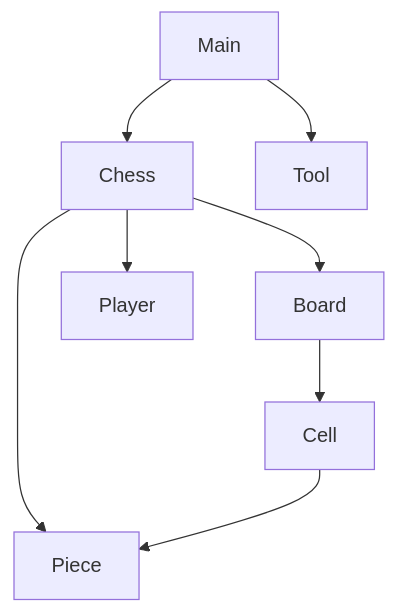
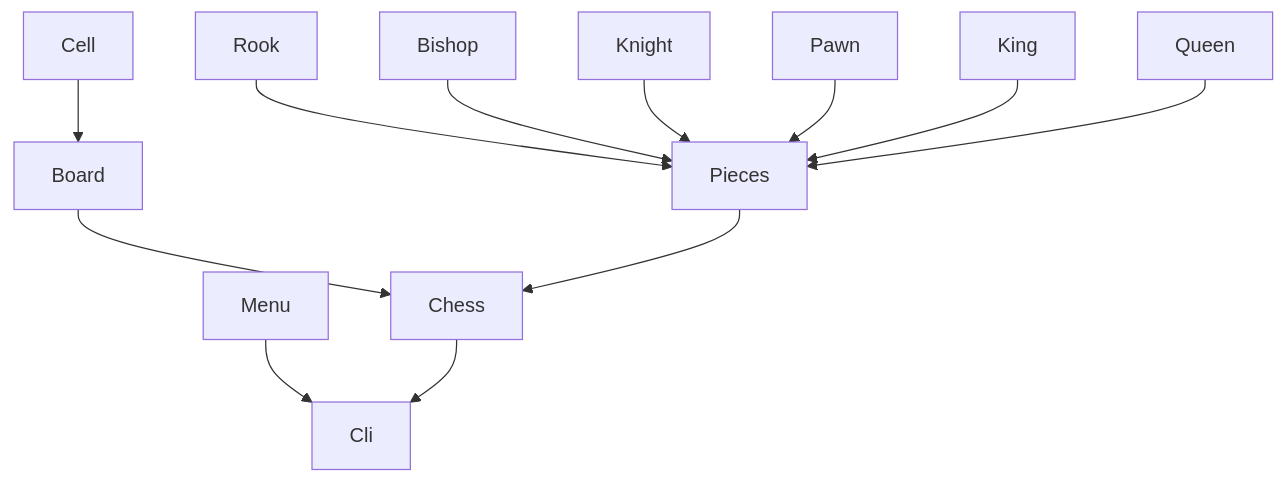
One commit to um-computacion-tm/ajedrez-2024-AugustoGiuffrida changed the diagram in README.md. Above: the diagram before and after it, drawn with Mermaid.

````diff
--- a/README.md
+++ b/README.md
@@ -10,11 +10,14 @@
 ```mermaid
 graph TD;
-    Main-->Chess;
-    Main-->Tool;
-    Chess-->Board;
-    Chess-->Player;
-    Chess-->Piece;
-    Board-->Cell;
-    Cell-->Piece;
-
+    Menu-->Cli;
+    Chess-->Cli;
+    Board-->Chess;
+    Pieces-->Chess;
+    Cell-->Board;
+    Rook-->Pieces;
+    Bishop-->Pieces;
+    Knight-->Pieces;
+    Pawn-->Pieces;
+    King-->Pieces;
+    Queen-->Pieces;
 ```
````
